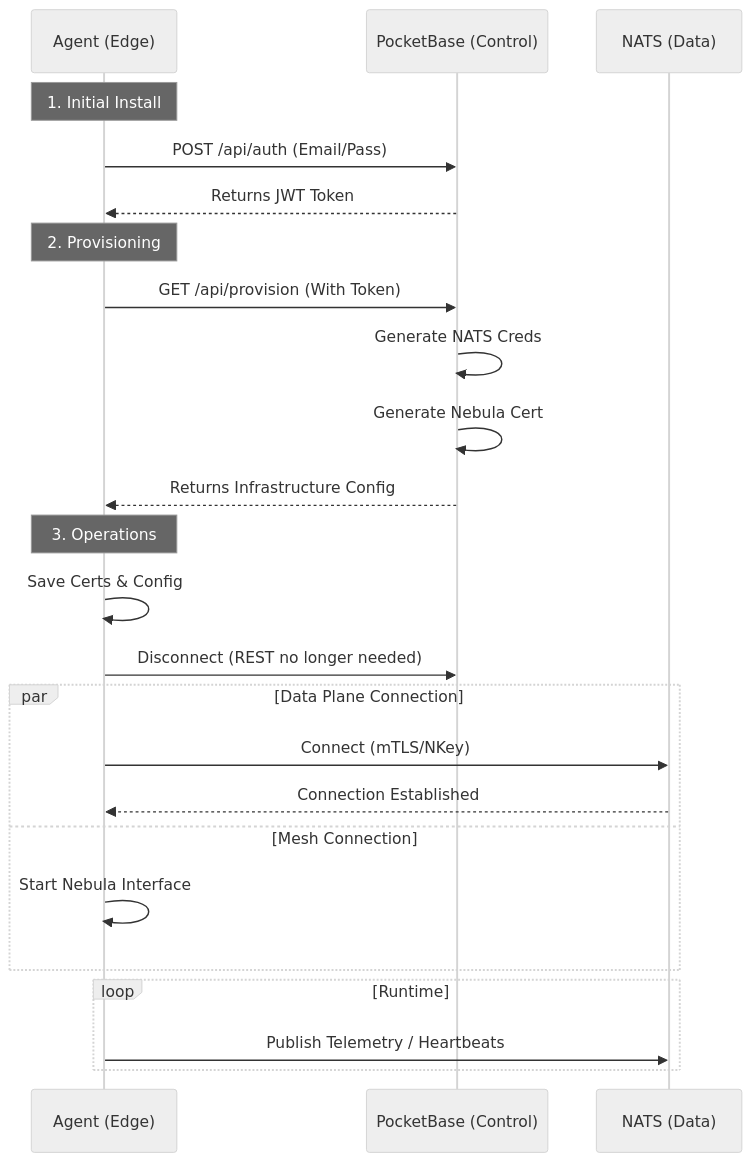
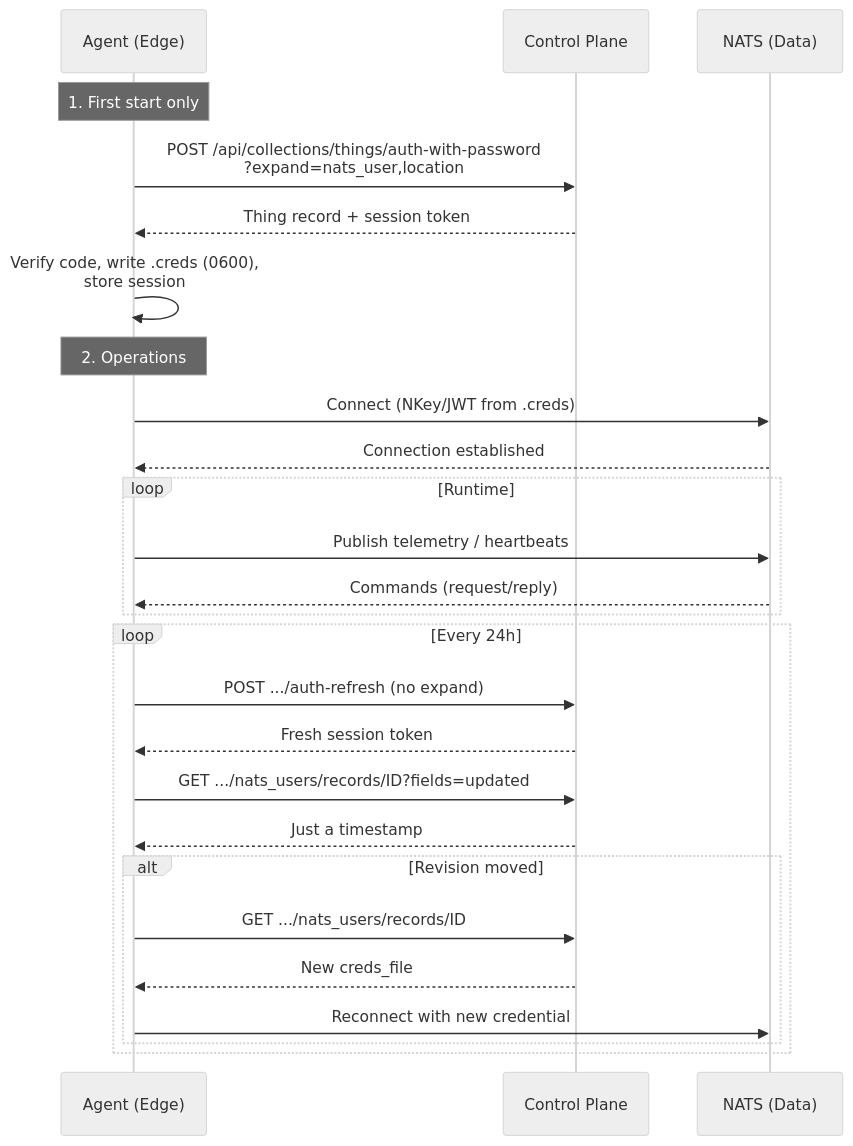
One commit to stone-age-io/platform-docs changed the diagram in docs/agent.md. Above: the diagram before and after it, drawn with Mermaid (neutral theme). The commit also changed other lines of this file and 1 other file, not shown here.

First line of the commit message:
docs(agent): correct the provisioning flow, document the credential lifecycle

````diff
--- a/docs/agent.md
+++ b/docs/agent.md
@@ -38,31 +41,32 @@
 ```mermaid
 sequenceDiagram
     participant Device as Agent (Edge)
-    participant API as PocketBase (Control)
+    participant API as Control Plane
     participant NATS as NATS (Data)
 
-    Note over Device: 1. Initial Install
-    Device->>API: POST /api/auth (Email/Pass)
-    API-->>Device: Returns JWT Token
+    Note over Device: 1. First start only
+    Device->>API: POST /api/collections/things/auth-with-password<br/>?expand=nats_user,location
+    API-->>Device: Thing record + session token
+    Device->>Device: Verify code, write .creds (0600),<br/>store session
 
-    Note over Device: 2. Provisioning
-    Device->>API: GET /api/provision (With Token)
-    API->>API: Generate NATS Creds
-    API->>API: Generate Nebula Cert
-    API-->>Device: Returns Infrastructure Config
+    Note over Device: 2. Operations
+    Device->>NATS: Connect (NKey/JWT from .creds)
+    NATS-->>Device: Connection established
 
-    Note over Device: 3. Operations
-    Device->>Device: Save Certs & Config
-    Device->>API: Disconnect (REST no longer needed)
-    
-    par Data Plane Connection
-        Device->>NATS: Connect (mTLS/NKey)
-        NATS-->>Device: Connection Established
-    and Mesh Connection
-        Device->>Device: Start Nebula Interface
+    loop Runtime
+        Device->>NATS: Publish telemetry / heartbeats
+        NATS-->>Device: Commands (request/reply)
     end
 
-    loop Runtime
-        Device->>NATS: Publish Telemetry / Heartbeats
+    loop Every 24h
+        Device->>API: POST .../auth-refresh (no expand)
+        API-->>Device: Fresh session token
+        Device->>API: GET .../nats_users/records/ID?fields=updated
+        API-->>Device: Just a timestamp
+        alt Revision moved
+            Device->>API: GET .../nats_users/records/ID
+            API-->>Device: New creds_file
+            Device->>NATS: Reconnect with new credential
+        end
     end
 ```
````
